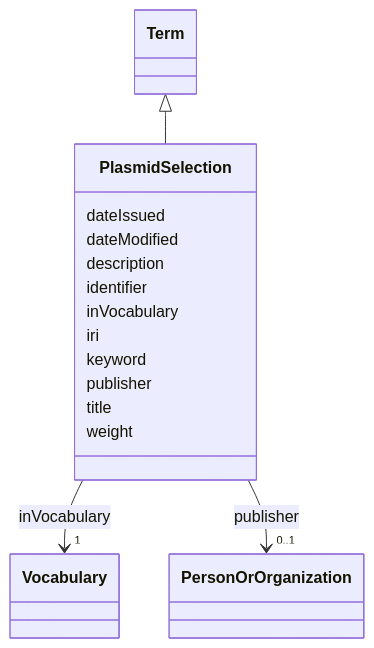
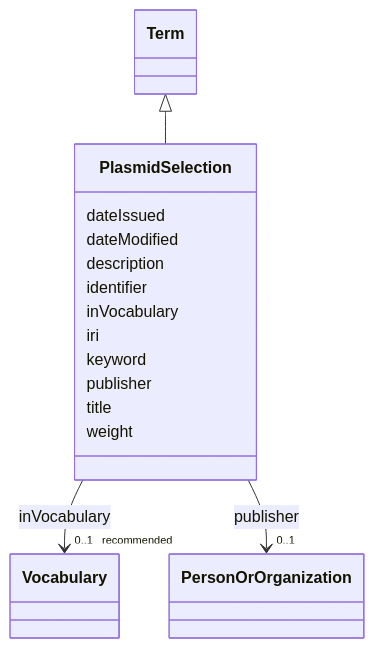
Before and after one commit to EVORA-project/evora-ontology: the diagram in models/docs/PlasmidSelection.md, drawn with Mermaid. The commit also changed other lines of this file and 307 other files, not shown here.

````diff
--- a/models/docs/PlasmidSelection.md
+++ b/models/docs/PlasmidSelection.md
@@ -19,43 +19,43 @@
 ```mermaid
  classDiagram
     class PlasmidSelection
     click PlasmidSelection href "../PlasmidSelection"
       Term <|-- PlasmidSelection
         click Term href "../Term"
       
       PlasmidSelection : dateIssued
         
       PlasmidSelection : dateModified
         
       PlasmidSelection : description
         
       PlasmidSelection : identifier
         
       PlasmidSelection : inVocabulary
         
           
     
     
-    PlasmidSelection --> "1" Vocabulary : inVocabulary
+    PlasmidSelection --> "0..1 _recommended_" Vocabulary : inVocabulary
     click Vocabulary href "../Vocabulary"
 
         
       PlasmidSelection : iri
         
       PlasmidSelection : keyword
         
       PlasmidSelection : publisher
         
           
     
     
     PlasmidSelection --> "0..1" PersonOrOrganization : publisher
     click PersonOrOrganization href "../PersonOrOrganization"
 
         
       PlasmidSelection : title
         
       PlasmidSelection : weight
         
       
 ```
````
